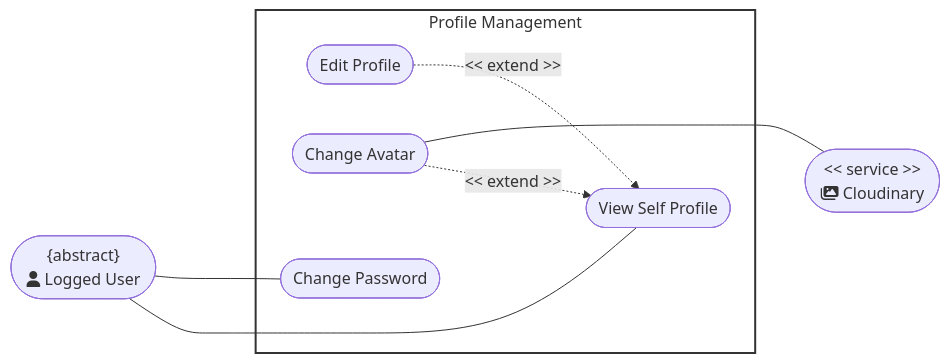
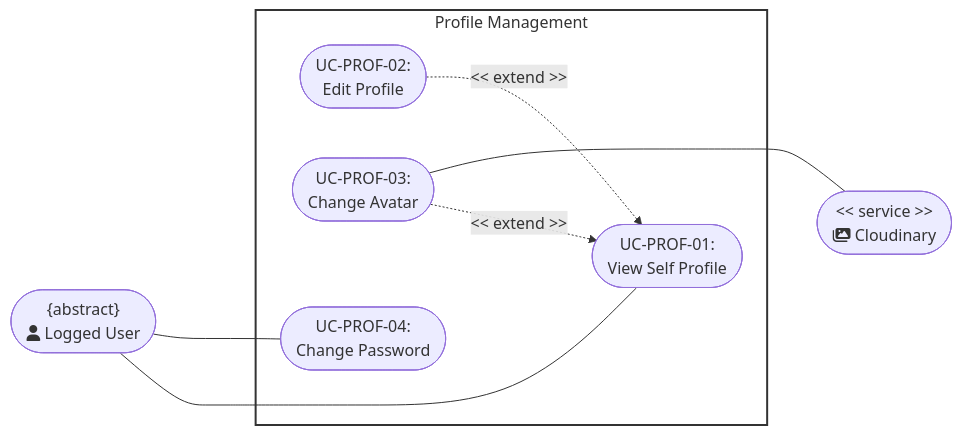
One commit to DuyNhat1705/AmeThyst-Library changed the third of 9 diagrams in docs/management/PA3/Use-CaseDiagram.md. Above: the diagram before and after it, drawn with Mermaid. The commit also changed other lines of this file and 4 other files, not shown here.

````diff
--- a/docs/management/PA3/Use-CaseDiagram.md
+++ b/docs/management/PA3/Use-CaseDiagram.md
@@ -105,28 +105,28 @@
 ```mermaid
 flowchart LR
     %% Actors
     ActorLeft(["<center>{abstract} <br> fa:fa-user Logged User</center>"])
     ActorRight(["<center>&lt;&lt; service &gt;&gt; <br>fa:fa-images Cloudinary</center>"]) 
 
     %% System Boundary
     subgraph ProfileManagement [Profile Management]
-        UC1([View Self Profile])
-        UC2([Edit Profile])
-        UC3([Change Avatar])
-        UC4([Change Password])
+        UC1(["<center>UC-PROF-01:<br>View Self Profile</center>"])
+        UC2(["<center>UC-PROF-02:<br>Edit Profile</center>"])
+        UC3(["<center>UC-PROF-03:<br>Change Avatar</center>"])
+        UC4(["<center>UC-PROF-04:<br>Change Password</center>"])
     end
     
 	ActorLeft ~~~~~ ProfileManagement ~~~ ActorRight
 
     %% Relationships
     ActorLeft --- UC1
     ActorLeft --- UC4
     
     UC2 -. "<< extend >>" .-> UC1
     UC3 -. "<< extend >>" .-> UC1
     
     UC3 --- ActorRight 
    
     %% Styling to make it clean
     style ProfileManagement fill:#fff,stroke:#333,stroke-width:2px
 ```
````
